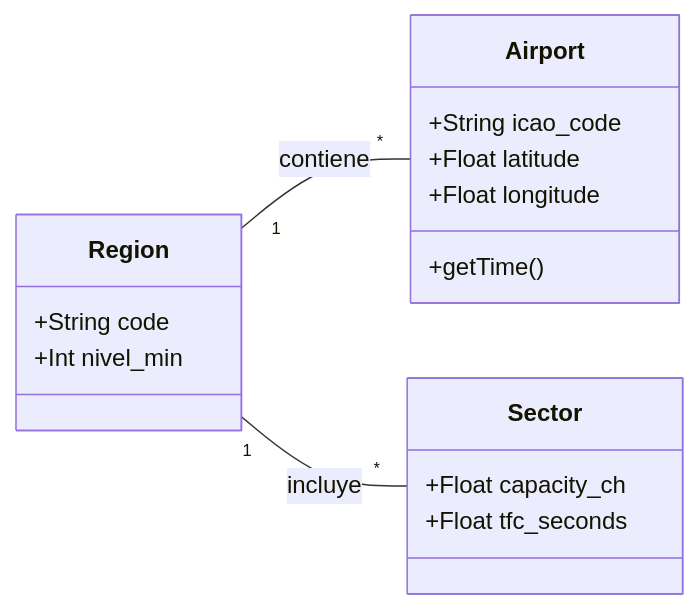
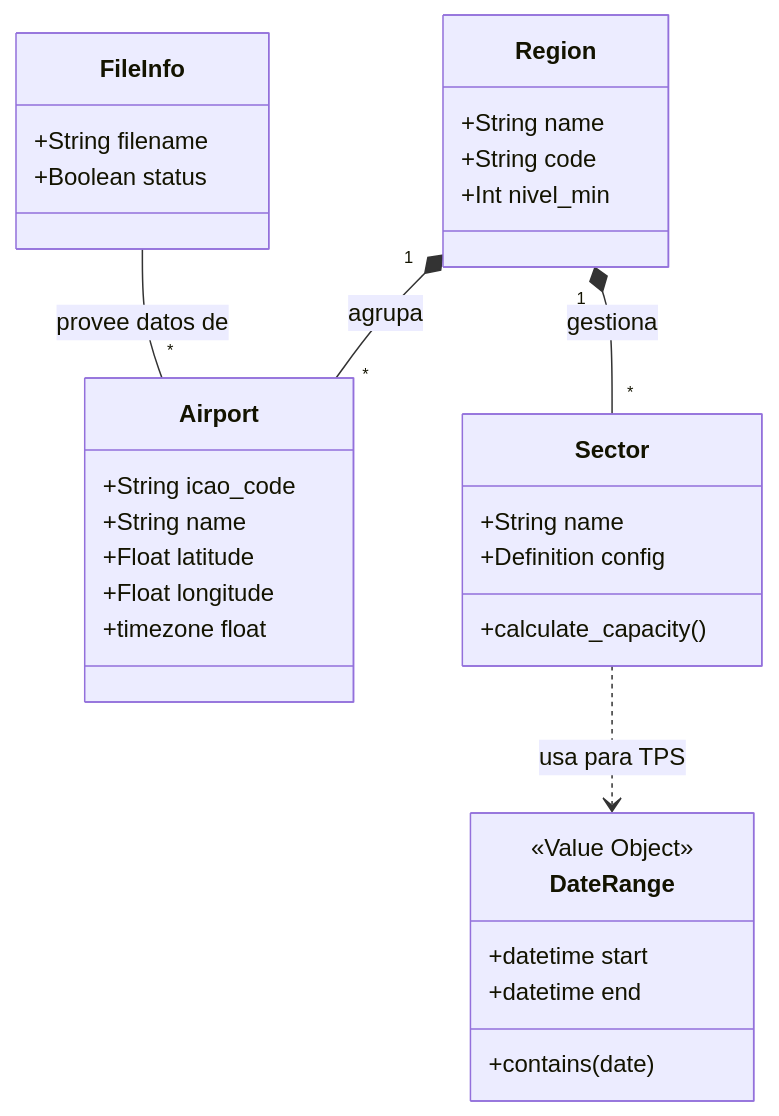
One commit to ivmafo/tsis_umb_data_science changed the diagram in docs/domain.md. Above: the diagram before and after it, drawn with Mermaid. The commit also changed other lines of this file, not shown here.

Commit message:
docs: expand domain.md to extreme detail with DDD foundations and class diagrams

````diff
--- a/docs/domain.md
+++ b/docs/domain.md
@@ -67,20 +52,36 @@
 ```mermaid
 classDiagram
-    direction LR
+    direction TB
     class Airport {
         +String icao_code
+        +String name
         +Float latitude
         +Float longitude
-        +getTime()
+        +timezone float
     }
     class Region {
+        +String name
         +String code
         +Int nivel_min
     }
     class Sector {
-        +Float capacity_ch
-        +Float tfc_seconds
+        +String name
+        +Definition config
+        +calculate_capacity()
     }
-    Region "1" -- "*" Airport : contiene
-    Region "1" -- "*" Sector : incluye
+    class DateRange {
+        <<Value Object>>
+        +datetime start
+        +datetime end
+        +contains(date)
+    }
+    class FileInfo {
+        +String filename
+        +Boolean status
+    }
+
+    Region "1" *-- "*" Airport : agrupa
+    Region "1" *-- "*" Sector : gestiona
+    Sector ..> DateRange : usa para TPS
+    FileInfo -- "*" Airport : provee datos de
 ```
````
